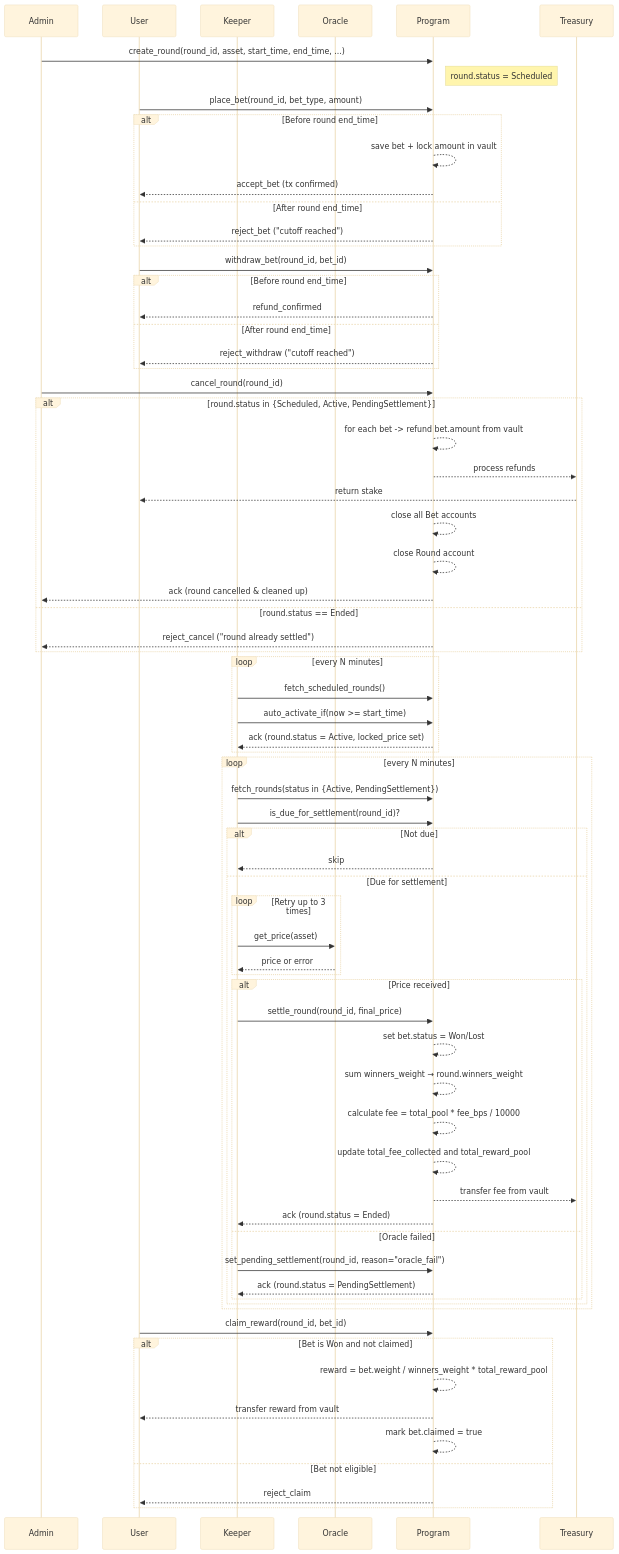
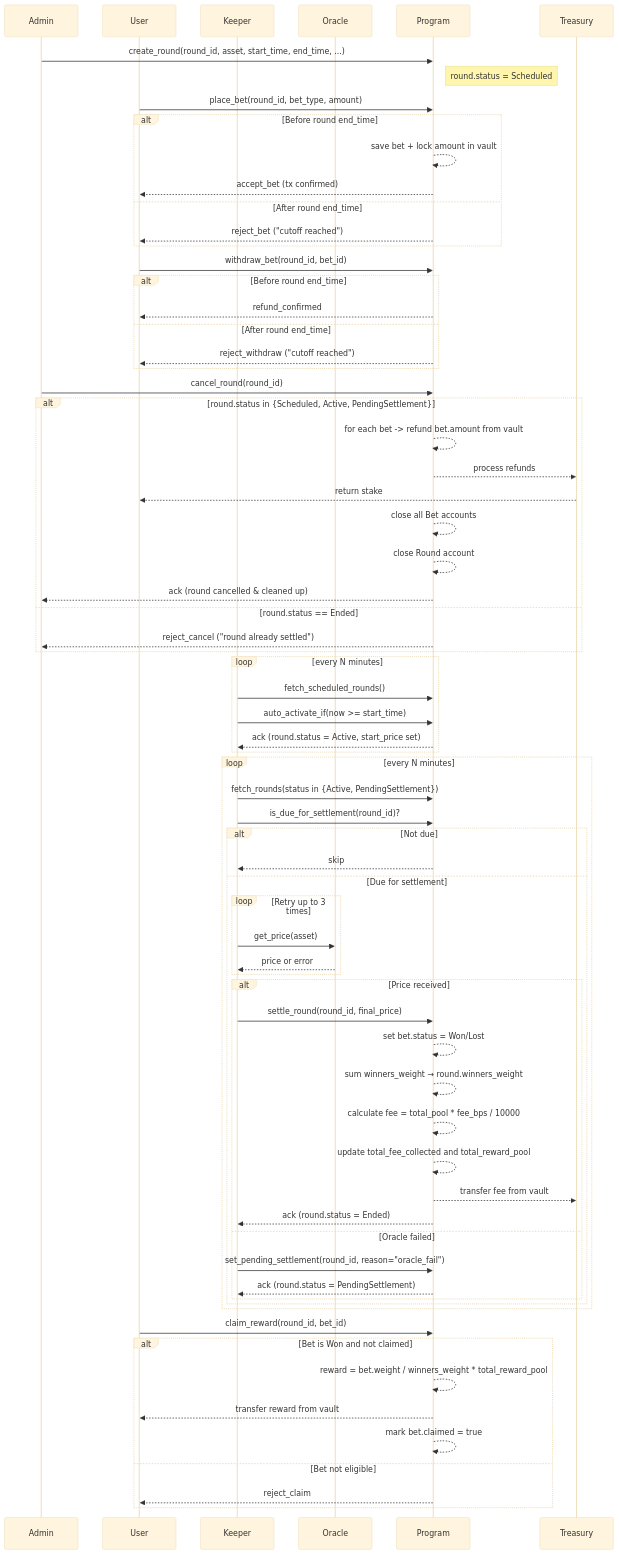
The first of 7 diagrams in README.md (muhammad-akbrrr/gold-rush-smartcontract), drawn with Mermaid (base theme) before and after one commit. The commit also changed other lines of this file and 9 other files, not shown here.

```diff
--- a/README.md
+++ b/README.md
@@ -102,7 +102,7 @@
     loop every N minutes
       Keeper->>Program: fetch_scheduled_rounds()
       Keeper->>Program: auto_activate_if(now >= start_time)
-      Program-->>Keeper: ack (round.status = Active, locked_price set)
+      Program-->>Keeper: ack (round.status = Active, start_price set)
     end
 
     %% Keeper: settlement path (active/pending)
```
